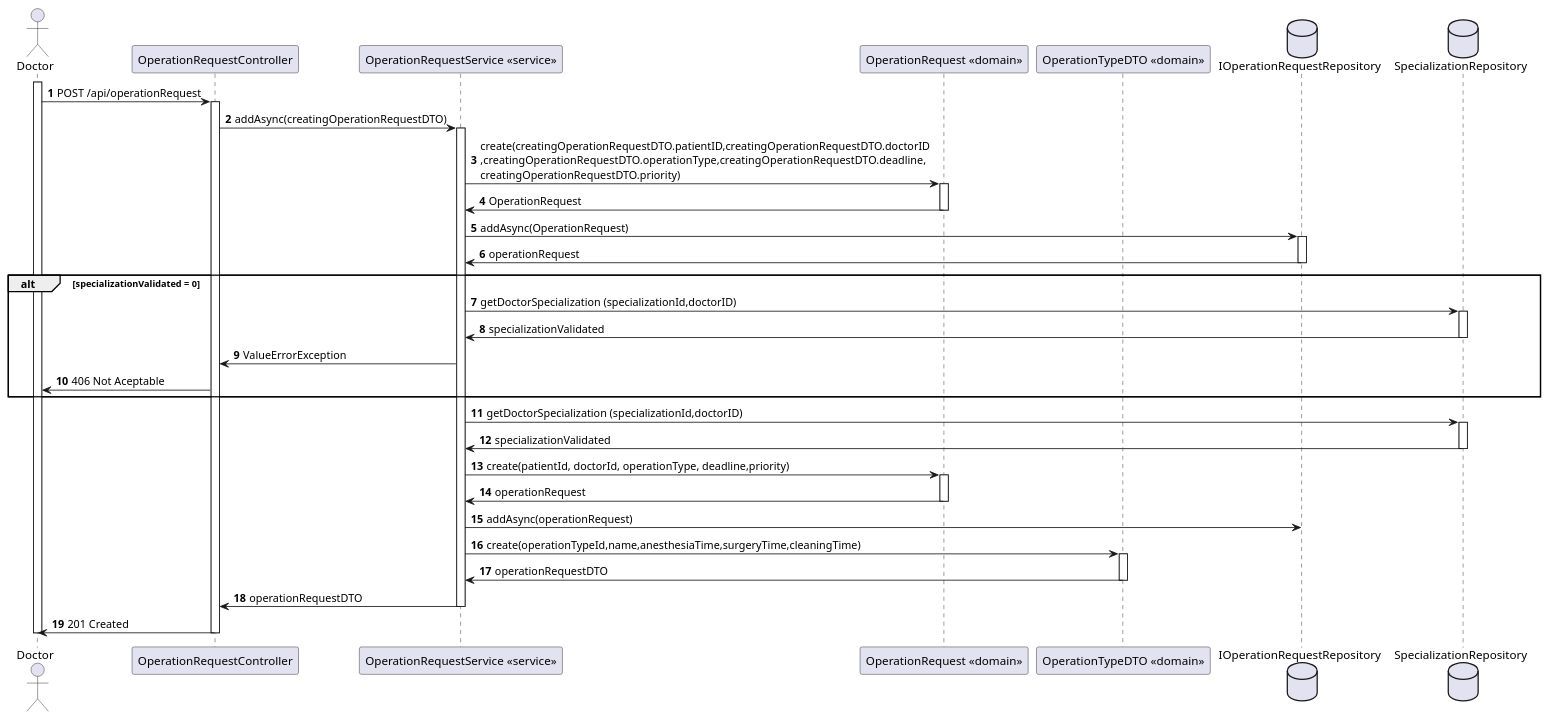
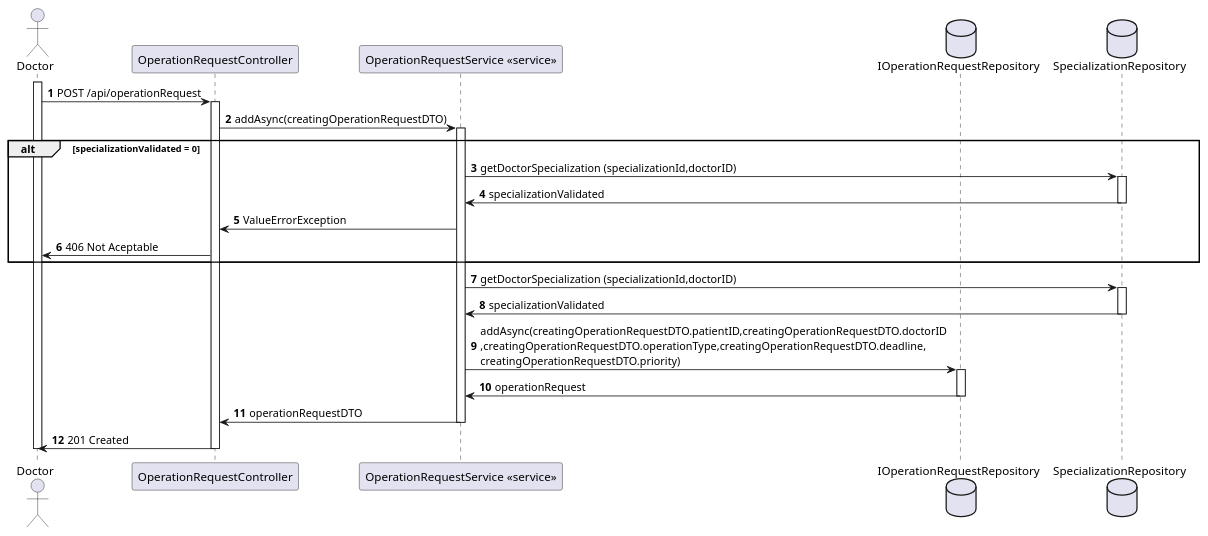
Before and after one commit to Lapr5G21/sem5pi-24-25-3ddg21: the diagram in docs/OperationRequest/views/level3/process-view2.puml, drawn with PlantUML. The commit also changed 16 other files, not shown here.

```diff
--- a/docs/OperationRequest/views/level3/process-view2.puml
+++ b/docs/OperationRequest/views/level3/process-view2.puml
@@ -1,85 +1,57 @@
 @startuml 
 autonumber
 actor Doctor as "Doctor"
 participant CTRL as "OperationRequestController"
 participant SERVICE as "OperationRequestService <<service>>"
-participant OperationRequest as "OperationRequest <<domain>>"
-participant OperationTypeDTO as "OperationTypeDTO <<domain>>"
 database IOperationRequestRepository as "IOperationRequestRepository"
 database SpecializationRepository as "SpecializationRepository"
 
 
 activate Doctor
 
 Doctor -> CTRL : POST /api/operationRequest
 activate CTRL
 
 CTRL -> SERVICE : addAsync(creatingOperationRequestDTO)
 activate SERVICE
-
-SERVICE -> OperationRequest : create(creatingOperationRequestDTO.patientID,creatingOperationRequestDTO.doctorID\n,creatingOperationRequestDTO.operationType,creatingOperationRequestDTO.deadline,\ncreatingOperationRequestDTO.priority)
-
-activate OperationRequest
-
-OperationRequest -> SERVICE : OperationRequest
-
-deactivate OperationRequest
-
-SERVICE -> IOperationRequestRepository : addAsync(OperationRequest)
-
-activate IOperationRequestRepository
-
-IOperationRequestRepository -> SERVICE : operationRequest
-
-deactivate IOperationRequestRepository
 
 alt specializationValidated = 0 
 
 SERVICE -> SpecializationRepository : getDoctorSpecialization (specializationId,doctorID)
 
 activate SpecializationRepository 
 
 SpecializationRepository -> SERVICE : specializationValidated
 
 deactivate SpecializationRepository
 
 SERVICE -> CTRL : ValueErrorException
 
 CTRL -> Doctor : 406 Not Aceptable
 end alt 
 
 SERVICE -> SpecializationRepository : getDoctorSpecialization (specializationId,doctorID)
 
 activate SpecializationRepository 
 
 SpecializationRepository -> SERVICE : specializationValidated
 
 deactivate SpecializationRepository
-SERVICE -> OperationRequest : create(patientId, doctorId, operationType, deadline,priority)
+SERVICE -> IOperationRequestRepository : addAsync(creatingOperationRequestDTO.patientID,creatingOperationRequestDTO.doctorID\n,creatingOperationRequestDTO.operationType,creatingOperationRequestDTO.deadline,\ncreatingOperationRequestDTO.priority)
 
-activate OperationRequest 
+activate IOperationRequestRepository 
 
-OperationRequest -> SERVICE : operationRequest
-deactivate OperationRequest
+IOperationRequestRepository -> SERVICE : operationRequest
+deactivate IOperationRequestRepository
 
-SERVICE -> IOperationRequestRepository : addAsync(operationRequest)
-
-
-SERVICE -> OperationTypeDTO : create(operationTypeId,name,anesthesiaTime,surgeryTime,cleaningTime)
-
-activate OperationTypeDTO
-
-OperationTypeDTO -> SERVICE : operationRequestDTO
-
-deactivate OperationTypeDTO
 
 SERVICE -> CTRL : operationRequestDTO
 
 deactivate SERVICE 
 
 CTRL -> Doctor : 201 Created
 
 deactivate CTRL 
 
 deactivate Doctor
 @enduml
```
